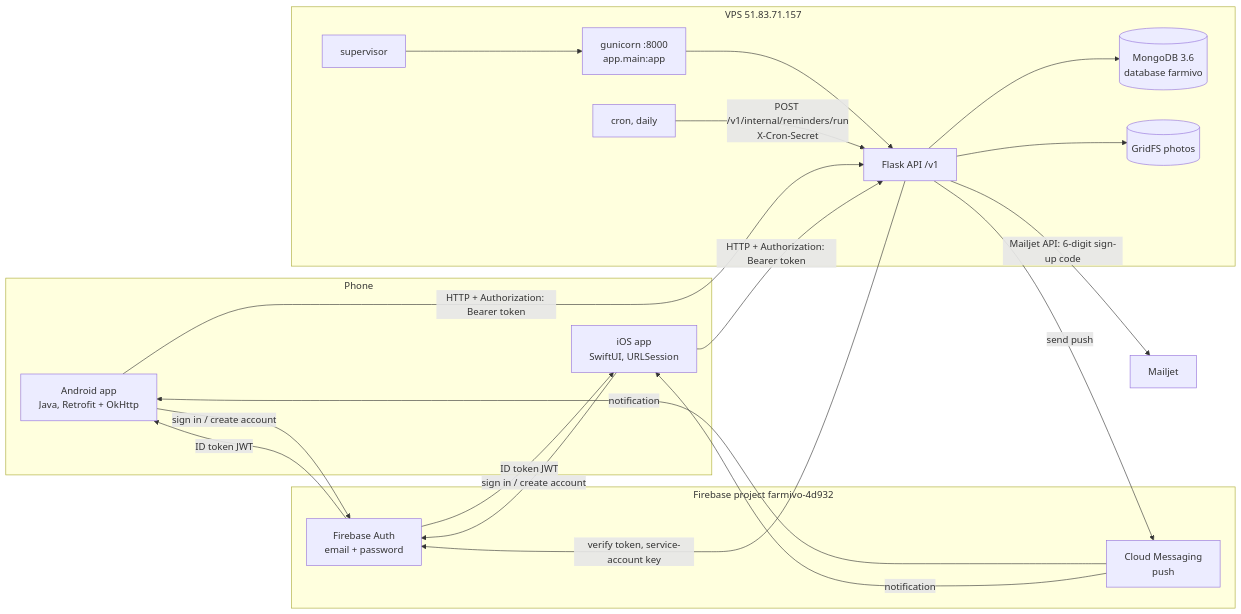
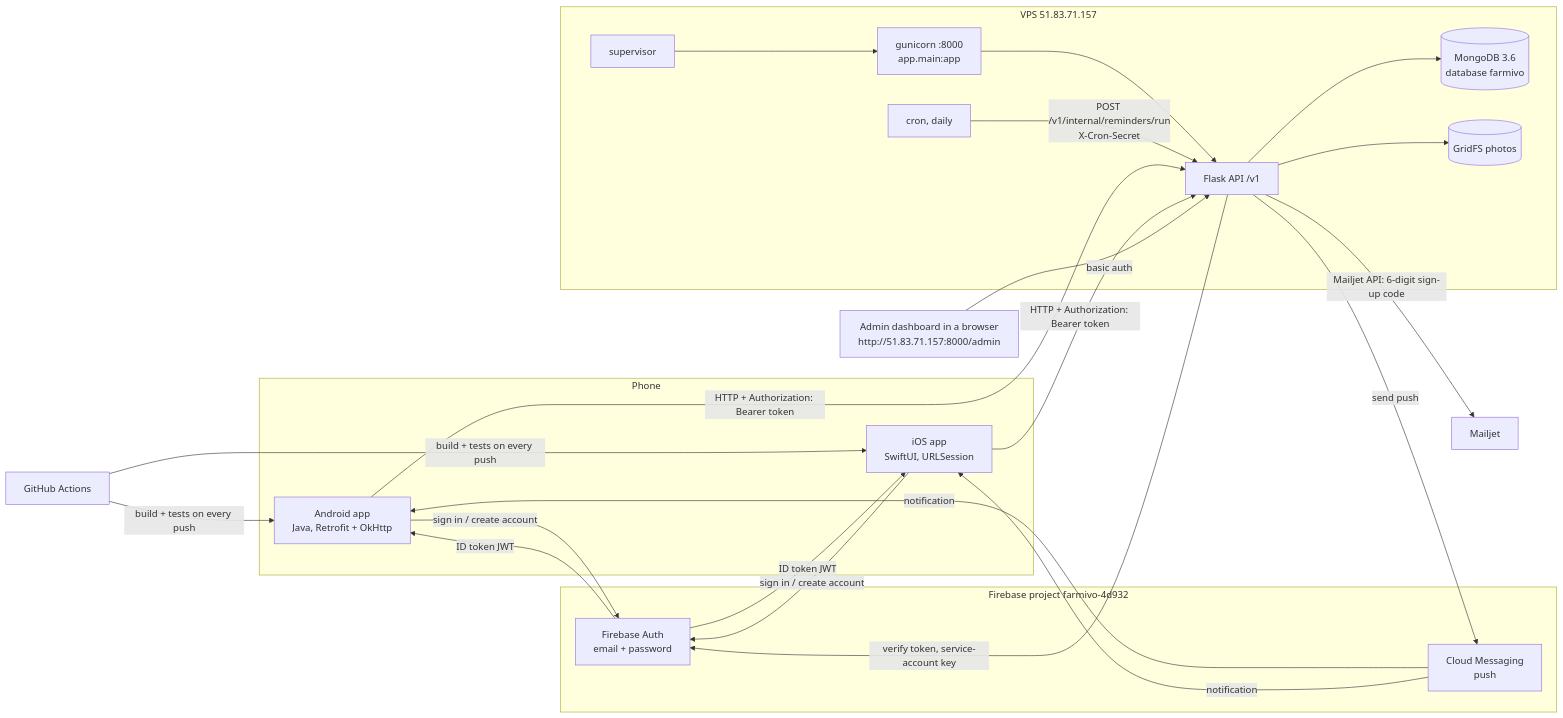
The first of 13 diagrams in docs/SYSTEM_GUIDE.md (haythoum/farmivo_backend), drawn with Mermaid before and after one commit. The commit also changed other lines of this file and 8 other files, not shown here.

First line of the commit message:
Docs: dashboard link, offline, for sale, many animals, feed stock, monthly PDF, announcements and CI across README, system guide, app flows, decisions, development guide, status, architecture

````diff
--- a/docs/SYSTEM_GUIDE.md
+++ b/docs/SYSTEM_GUIDE.md
@@ -19,25 +19,27 @@
 ```mermaid
 flowchart LR
   subgraph Phone
     A[Android app<br/>Java, Retrofit + OkHttp]
     I[iOS app<br/>SwiftUI, URLSession]
   end
   subgraph Google[Firebase project farmivo-4d932]
     AUTH[Firebase Auth<br/>email + password]
     FCM[Cloud Messaging<br/>push]
   end
   subgraph Server[VPS 51.83.71.157]
     SUP[supervisor] --> GU[gunicorn :8000<br/>app.main:app]
     GU --> FL[Flask API /v1]
     FL --> MDB[(MongoDB 3.6<br/>database farmivo)]
     FL --> GFS[(GridFS photos)]
     CRON[cron, daily] -->|POST /v1/internal/reminders/run<br/>X-Cron-Secret| FL
   end
   A & I -->|sign in / create account| AUTH
   AUTH -->|ID token JWT| A & I
   A & I -->|HTTP + Authorization: Bearer token| FL
   FL -->|verify token, service-account key| AUTH
   FL -->|send push| FCM
   FCM -->|notification| A & I
   FL -->|Mailjet API: 6-digit sign-up code| MAIL[Mailjet]
+  ADM[Admin dashboard in a browser<br/>http://51.83.71.157:8000/admin] -->|basic auth| FL
+  GH[GitHub Actions] -->|build + tests on every push| A & I
 ```
````
